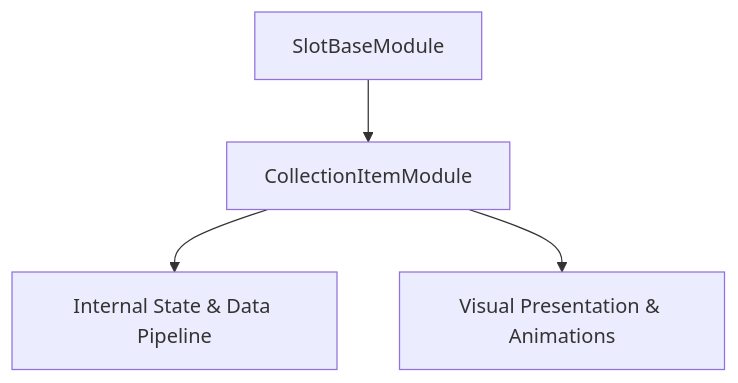
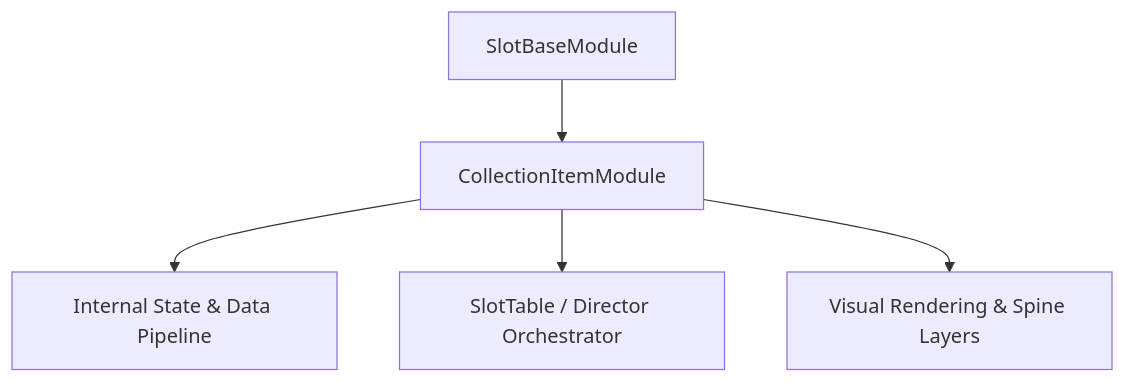
The diagram in docs/cc_slot_mechanics/modules/CollectionItemModule/01_overview/01_architecture_and_role.md (lam-ark/mcp-fwcc), drawn with Mermaid before and after one commit. The commit also changed other lines of this file and 2509 other files, not shown here.

````diff
--- a/docs/cc_slot_mechanics/modules/CollectionItemModule/01_overview/01_architecture_and_role.md
+++ b/docs/cc_slot_mechanics/modules/CollectionItemModule/01_overview/01_architecture_and_role.md
@@ -18,6 +24,7 @@
 ```mermaid
 graph TD
-    Parent[SlotBaseModule] --> Mod[CollectionItemModule]
-    Mod --> State[Internal State & Data Pipeline]
-    Mod --> Render[Visual Presentation & Animations]
+    SuperClass[SlotBaseModule] --> TargetClass[CollectionItemModule]
+    TargetClass --> DataPipeline[Internal State & Data Pipeline]
+    TargetClass --> Orchestrator[SlotTable / Director Orchestrator]
+    TargetClass --> ViewLayer[Visual Rendering & Spine Layers]
 ```
````
